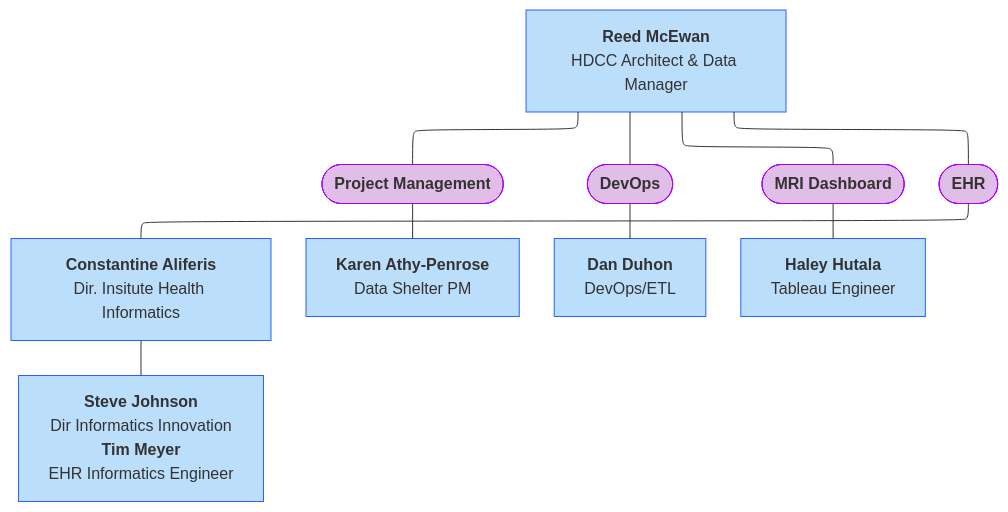
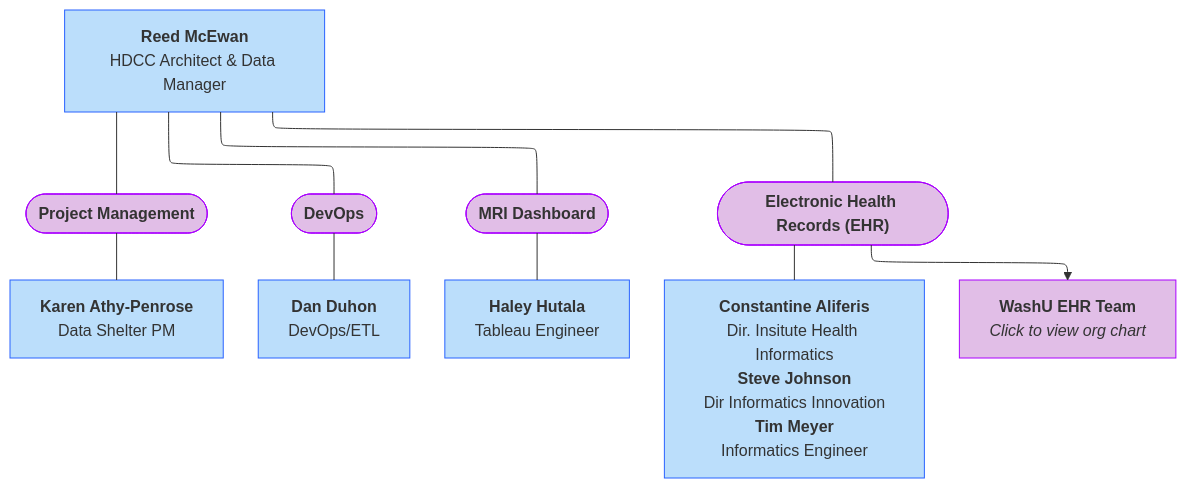
Before and after one commit to DCAN-Labs/hbcd-docs-internal: the fifth of 9 diagrams in docs/orgcharts.md, drawn with Mermaid. The commit also changed other lines of this file, not shown here.

Commit message:
add washu to HST EHR team

````diff
--- a/docs/orgcharts.md
+++ b/docs/orgcharts.md
@@ -242,25 +242,24 @@
 ```mermaid
 ---
 config:
   layout: elk
 ---
 flowchart TB
-    B["<b>Reed McEwan</b><br>HDCC Architect &amp; Data Manager"]
-    B --- n1(["<b>Project Management</b>"]) & n2(["<b>DevOps</b>"]) & n3(["<b>MRI Dashboard</b>"]) & n4(["<b>EHR</b>"])
-    H["<b>Constantine Aliferis</b><br>Dir. Insitute Health Informatics"] 
-    --- I["<b>Steve Johnson</b><br>Dir Informatics Innovation<br><b>Tim Meyer</b><br>EHR Informatics Engineer"]
+    B["<b>Reed McEwan</b><br>HDCC Architect &amp; Data Manager"] --- n1(["<b>Project Management</b>"]) & n2(["<b>DevOps</b>"]) & n3(["<b>MRI Dashboard</b>"]) & n4(["<b>Electronic Health Records (EHR)</b>"])
     n1 --- E["<b>Karen Athy-Penrose</b><br>Data Shelter PM"]
     n2 --- F["<b>Dan Duhon</b><br>DevOps/ETL"]
     n3 --- G["<b>Haley Hutala</b><br>Tableau Engineer"]
-    n4 --- H
+    n4 --- H["<b>Constantine Aliferis</b><br>Dir. Insitute Health Informatics<br><b>Steve Johnson</b><br>Dir Informatics Innovation<br><b>Tim Meyer</b><br>Informatics Engineer"]
+    n4 --> n5["<b>WashU EHR Team<br></b><i>Click to view org chart</i>"]
     style B fill:#BBDEFB,stroke:#2962FF
     style n1 fill:#E1BEE7,stroke:#AA00FF
     style n2 fill:#E1BEE7,stroke:#AA00FF
     style n3 fill:#E1BEE7,stroke:#AA00FF
     style n4 fill:#E1BEE7,stroke:#AA00FF
-    style H fill:#BBDEFB,stroke:#2962FF
-    style I fill:#BBDEFB,stroke:#2962FF
     style E fill:#BBDEFB,stroke:#2962FF
     style F fill:#BBDEFB,stroke:#2962FF
     style G fill:#BBDEFB,stroke:#2962FF
+    style H fill:#BBDEFB,stroke:#2962FF
+    style n5 fill:#E1BEE7,stroke:#AA00FF
+    click n5 "#washu"
 ```
````
